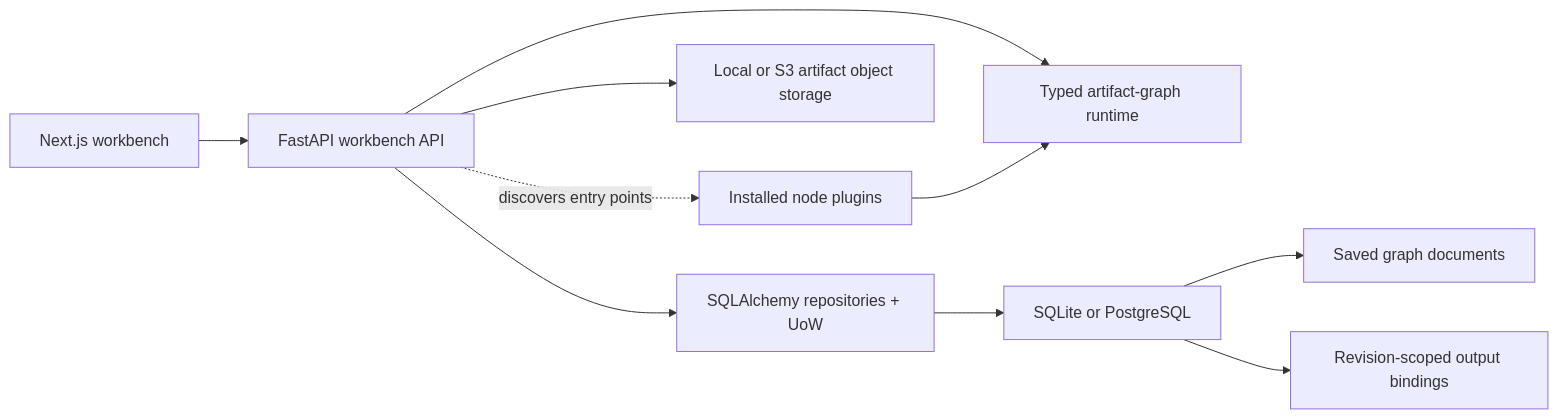
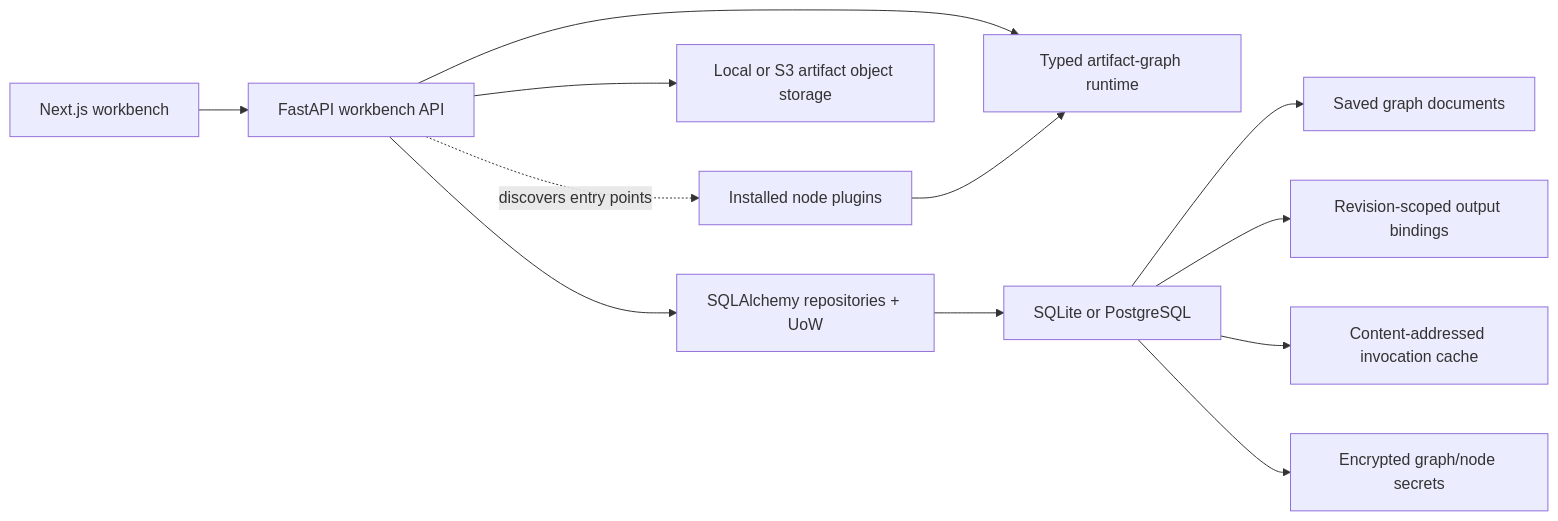
Before and after one commit to artpods56/KUL_IDUB_EcclesialSchematisms: the first of 2 diagrams in README.md, drawn with Mermaid. The commit also changed other lines of this file and 143 other files, not shown here.

First line of the commit message:
feat(workbench): add configurable AI modules and durable graph execution

````diff
--- a/README.md
+++ b/README.md
@@ -26,12 +27,14 @@
 ```mermaid
 flowchart LR
     Web["Next.js workbench"] --> API["FastAPI workbench API"]
     API --> Core["Typed artifact-graph runtime"]
     API --> Persistence["SQLAlchemy repositories + UoW"]
     Persistence --> SQL["SQLite or PostgreSQL"]
     SQL --> Graphs["Saved graph documents"]
     SQL --> Bindings["Revision-scoped output bindings"]
+    SQL --> Cache["Content-addressed invocation cache"]
+    SQL --> Secrets["Encrypted graph/node secrets"]
     API --> Storage["Local or S3 artifact object storage"]
     API -. "discovers entry points" .-> Plugins["Installed node plugins"]
     Plugins --> Core
 ```
````
